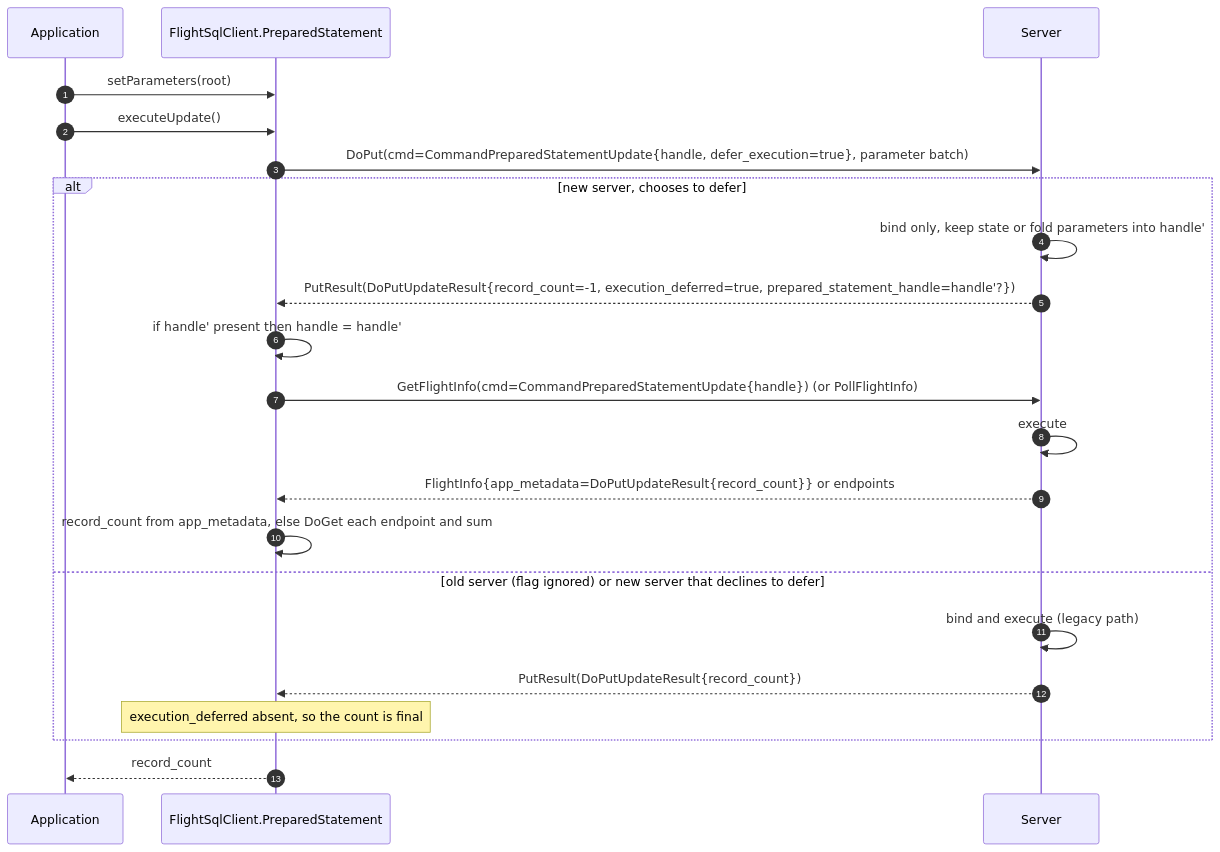
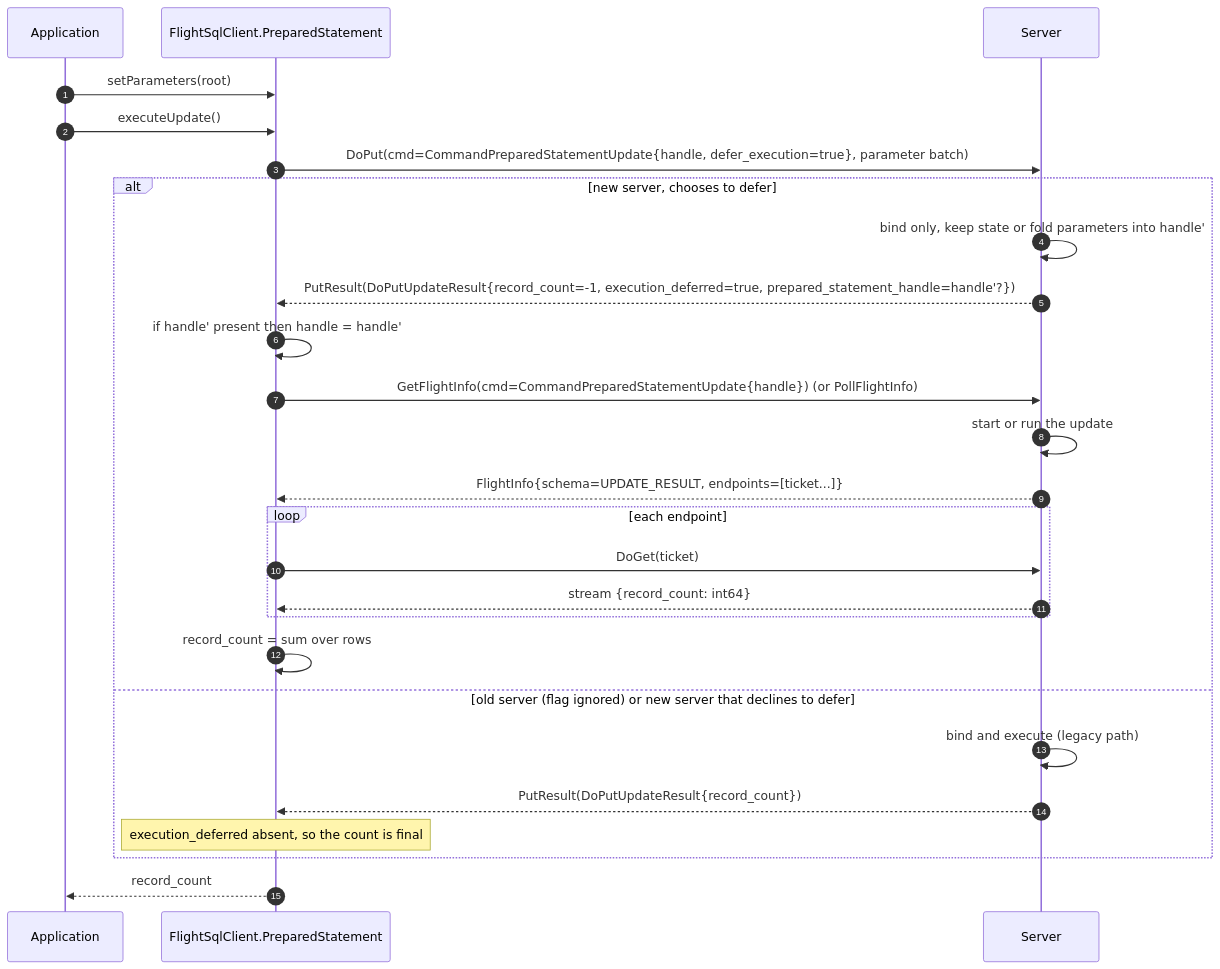
Before and after one commit to xborder/arrow-java: the fourth of 5 diagrams in flight/flight-sql/docs/detached-prepared-update-execution.md, drawn with Mermaid. The commit also changed other lines of this file, not shown here.

First line of the commit message:
MINOR: [FlightSQL] Compare row count channels for GetFlightInfo based updates

````diff
--- a/flight/flight-sql/docs/detached-prepared-update-execution.md
+++ b/flight/flight-sql/docs/detached-prepared-update-execution.md
@@ -367,26 +411,30 @@
 ```mermaid
 sequenceDiagram
     autonumber
     participant App as Application
     participant C as FlightSqlClient.PreparedStatement
     participant S as Server
 
     App->>C: setParameters(root)
     App->>C: executeUpdate()
     C->>S: DoPut(cmd=CommandPreparedStatementUpdate{handle, defer_execution=true}, parameter batch)
 
     alt new server, chooses to defer
         S->>S: bind only, keep state or fold parameters into handle'
         S-->>C: PutResult(DoPutUpdateResult{record_count=-1, execution_deferred=true, prepared_statement_handle=handle'?})
         C->>C: if handle' present then handle = handle'
         C->>S: GetFlightInfo(cmd=CommandPreparedStatementUpdate{handle})  (or PollFlightInfo)
-        S->>S: execute
-        S-->>C: FlightInfo{app_metadata=DoPutUpdateResult{record_count}} or endpoints
-        C->>C: record_count from app_metadata, else DoGet each endpoint and sum
+        S->>S: start or run the update
+        S-->>C: FlightInfo{schema=UPDATE_RESULT, endpoints=[ticket...]}
+        loop each endpoint
+            C->>S: DoGet(ticket)
+            S-->>C: stream {record_count: int64}
+        end
+        C->>C: record_count = sum over rows
     else old server (flag ignored) or new server that declines to defer
         S->>S: bind and execute (legacy path)
         S-->>C: PutResult(DoPutUpdateResult{record_count})
         Note over C: execution_deferred absent, so the count is final
     end
     C-->>App: record_count
 ```
````
